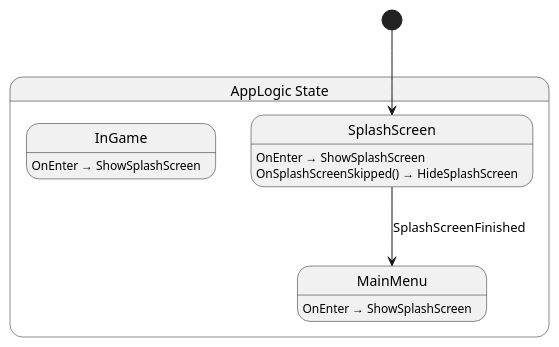
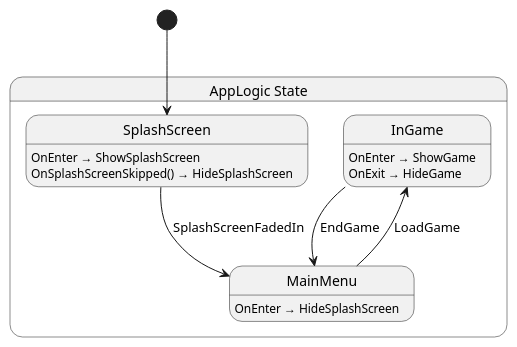
One commit to Dokkae6949/perfect_pong changed the diagram in src/app/logic/AppLogic.g.puml. Above: the diagram before and after it, drawn with PlantUML. The commit also changed 9 other files, not shown here.

Commit message:
Add basic splash screen sequence

```diff
--- a/src/app/logic/AppLogic.g.puml
+++ b/src/app/logic/AppLogic.g.puml
@@ -1,16 +1,19 @@
 @startuml AppLogic
 state "AppLogic State" as test_app_logic_AppLogic_State {
+  state "InGame" as test_app_logic_AppLogic_State_InGame
+  state "MainMenu" as test_app_logic_AppLogic_State_MainMenu
   state "SplashScreen" as test_app_logic_AppLogic_State_SplashScreen
-  state "MainMenu" as test_app_logic_AppLogic_State_MainMenu
-  state "InGame" as test_app_logic_AppLogic_State_InGame
 }
 
-test_app_logic_AppLogic_State_SplashScreen --> test_app_logic_AppLogic_State_MainMenu : SplashScreenFinished
+test_app_logic_AppLogic_State_InGame --> test_app_logic_AppLogic_State_MainMenu : EndGame
+test_app_logic_AppLogic_State_MainMenu --> test_app_logic_AppLogic_State_InGame : LoadGame
+test_app_logic_AppLogic_State_SplashScreen --> test_app_logic_AppLogic_State_MainMenu : SplashScreenFadedIn
 
-test_app_logic_AppLogic_State_InGame : OnEnter → ShowSplashScreen
-test_app_logic_AppLogic_State_MainMenu : OnEnter → ShowSplashScreen
+test_app_logic_AppLogic_State_InGame : OnEnter → ShowGame
+test_app_logic_AppLogic_State_InGame : OnExit → HideGame
+test_app_logic_AppLogic_State_MainMenu : OnEnter → HideSplashScreen
 test_app_logic_AppLogic_State_SplashScreen : OnEnter → ShowSplashScreen
 test_app_logic_AppLogic_State_SplashScreen : OnSplashScreenSkipped() → HideSplashScreen
 
 [*] --> test_app_logic_AppLogic_State_SplashScreen
 @enduml
```
